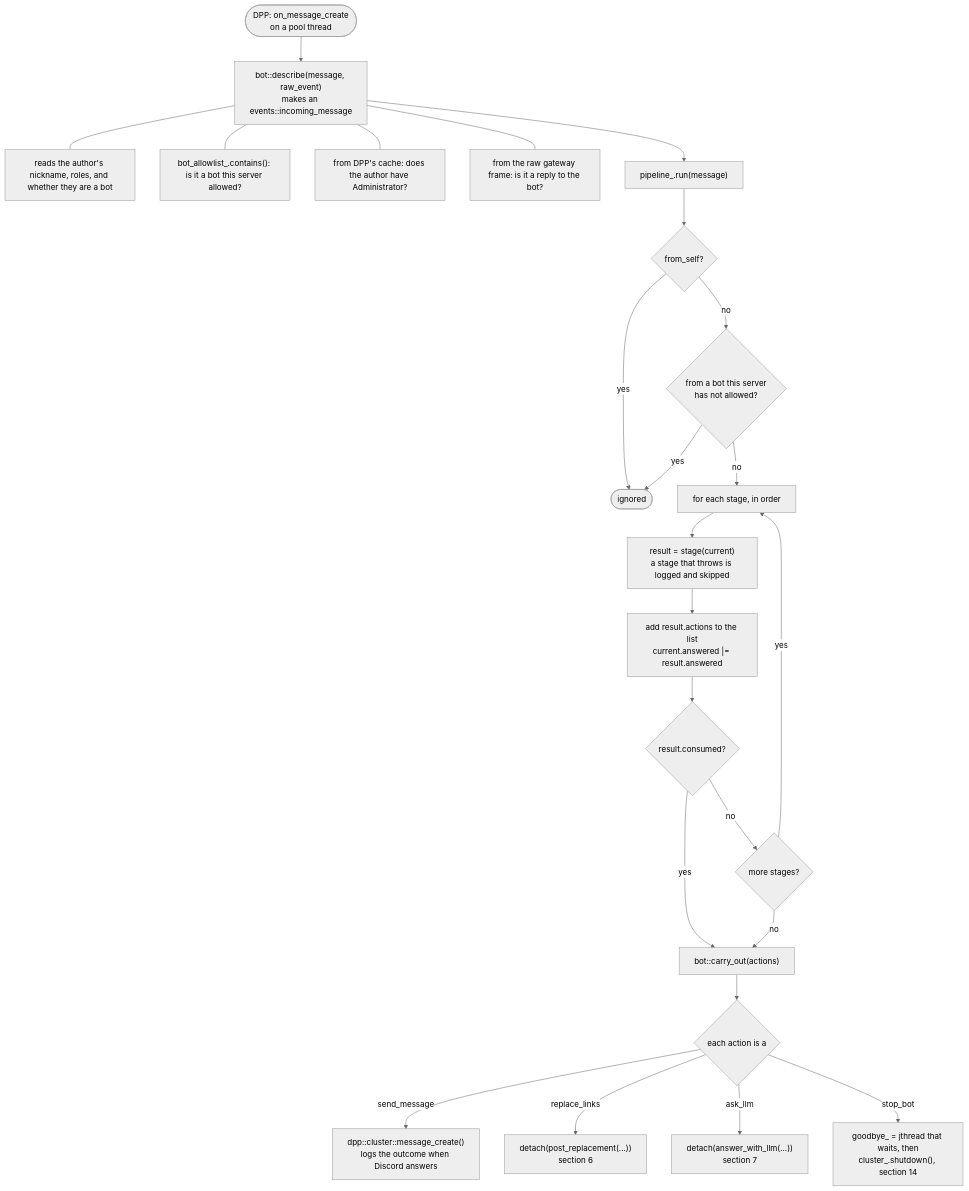
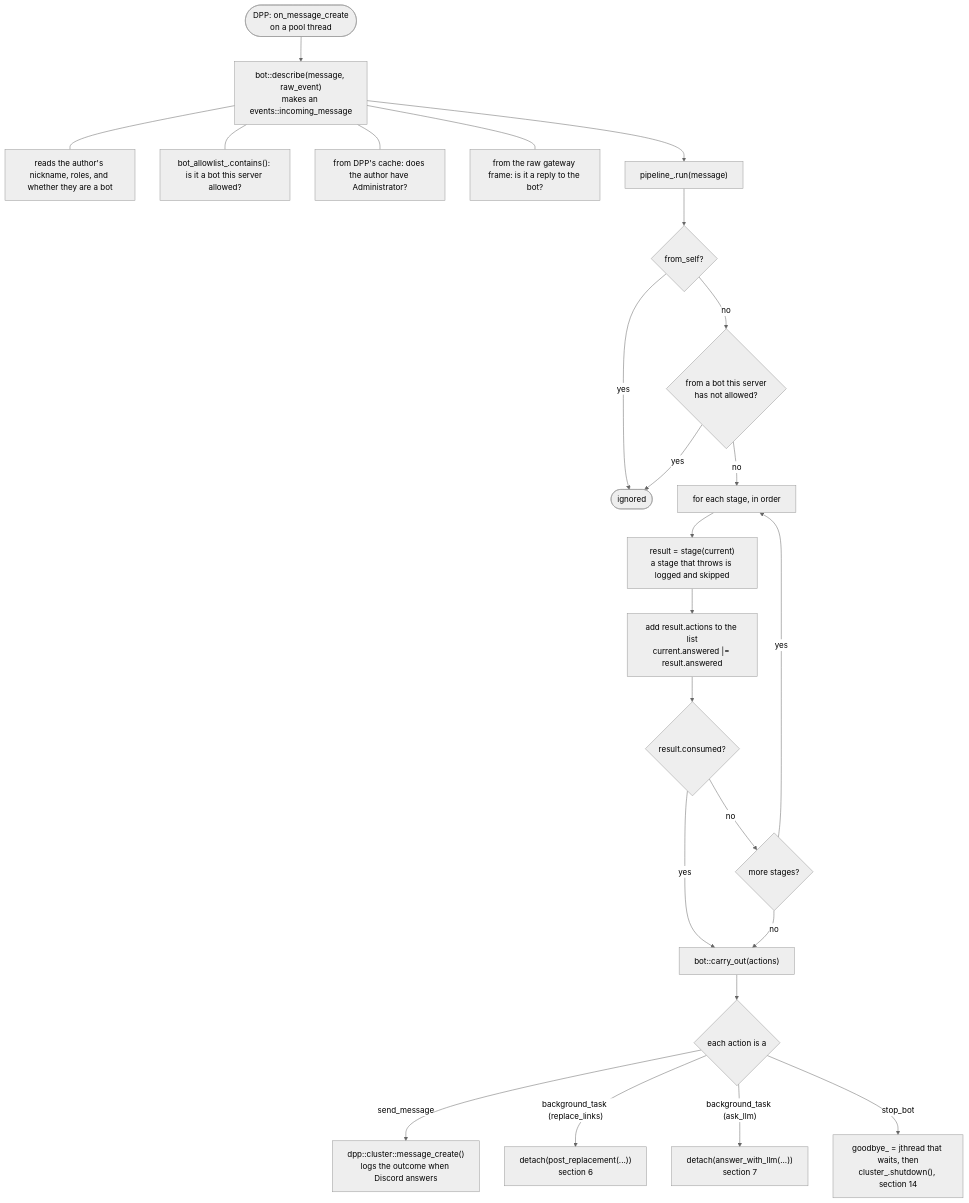
The fourth of 14 diagrams in docs/architecture/Execution_Flow.md (mhorn00/LatiBot-cpp), drawn with Mermaid (neutral theme) before and after one commit. The commit also changed 19 other files, not shown here.

````diff
--- a/docs/architecture/Execution_Flow.md
+++ b/docs/architecture/Execution_Flow.md
@@ -194,41 +194,41 @@
 ```mermaid
 flowchart TB
     arrive(["DPP: on_message_create<br/>on a pool thread"])
     describe["bot::describe(message, raw_event)<br/>makes an events::incoming_message"]
     d1["reads the author's nickname, roles, and whether they are a bot"]
     d2["bot_allowlist_.contains(): is it a bot this server allowed?"]
     d3["from DPP's cache: does the author have Administrator?"]
     d4["from the raw gateway frame: is it a reply to the bot?"]
     run["pipeline_.run(message)"]
     self{"from_self?"}
     bot{"from a bot this server<br/>has not allowed?"}
     ignore(["ignored"])
     each["for each stage, in order"]
     runstage["result = stage(current)<br/>a stage that throws is logged and skipped"]
     collect["add result.actions to the list<br/>current.answered |= result.answered"]
     consumed{"result.consumed?"}
     more{"more stages?"}
     carry["bot::carry_out(actions)"]
     visit{"each action is a"}
     send["dpp::cluster::message_create()<br/>logs the outcome when Discord answers"]
     replace["detach(post_replacement(...))<br/>section 6"]
     ask["detach(answer_with_llm(...))<br/>section 7"]
     stop["goodbye_ = jthread that waits, then<br/>cluster_.shutdown(), section 14"]
 
     arrive --> describe
     describe --- d1 & d2 & d3 & d4
     describe --> run --> self
     self -- yes --> ignore
     self -- no --> bot
     bot -- yes --> ignore
     bot -- no --> each --> runstage --> collect --> consumed
     consumed -- yes --> carry
     consumed -- no --> more
     more -- yes --> each
     more -- no --> carry
     carry --> visit
     visit -- send_message --> send
-    visit -- replace_links --> replace
-    visit -- ask_llm --> ask
+    visit -- "background_task (replace_links)" --> replace
+    visit -- "background_task (ask_llm)" --> ask
     visit -- stop_bot --> stop
 ```
````
